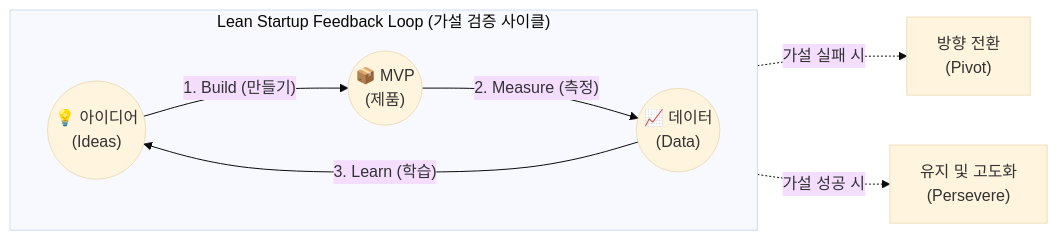
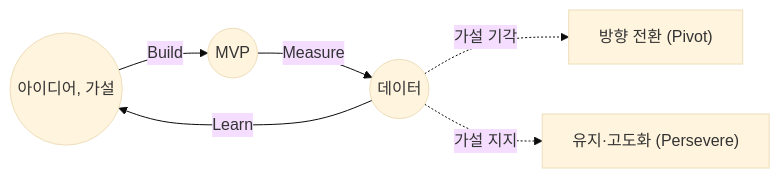
One commit to supremethumb/supremethumb.github.io changed the diagram in content/01_IT Tech/MVP.md. Above: the diagram before and after it, drawn with Mermaid (base theme). The commit also changed other lines of this file and 1087 other files, not shown here.

````diff
--- a/content/01_IT Tech/MVP.md
+++ b/content/01_IT Tech/MVP.md
@@ -32,21 +35,8 @@
 ```mermaid
 flowchart LR
-    subgraph "Lean Startup Feedback Loop (가설 검증 사이클)"
-        direction LR
-        Idea(("💡 아이디어<br/>(Ideas)"))
-        MVP_Prod(("📦 MVP<br/>(제품)"))
-        Data(("📈 데이터<br/>(Data)"))
-        
-        Idea -->|"1. Build (만들기)"| MVP_Prod
-        MVP_Prod -->|"2. Measure (측정)"| Data
-        Data -->|"3. Learn (학습)"| Idea
-    end
-
-    Pivot["방향 전환<br/>(Pivot)"]
-    Persevere["유지 및 고도화<br/>(Persevere)"]
-
-    Data -. "가설 실패 시" .-> Pivot
-    Data -. "가설 성공 시" .-> Persevere
-
-
+    Idea(("아이디어, 가설")) -->|"Build"| M(("MVP"))
+    M -->|"Measure"| Data(("데이터"))
+    Data -->|"Learn"| Idea
+    Data -. "가설 기각" .-> Pivot["방향 전환 (Pivot)"]
+    Data -. "가설 지지" .-> Pers["유지·고도화 (Persevere)"]
 ```
````
